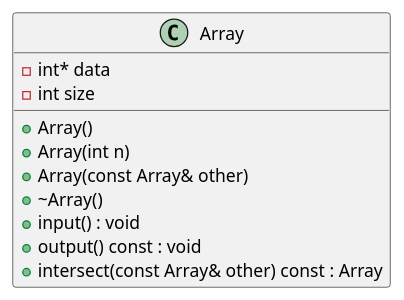
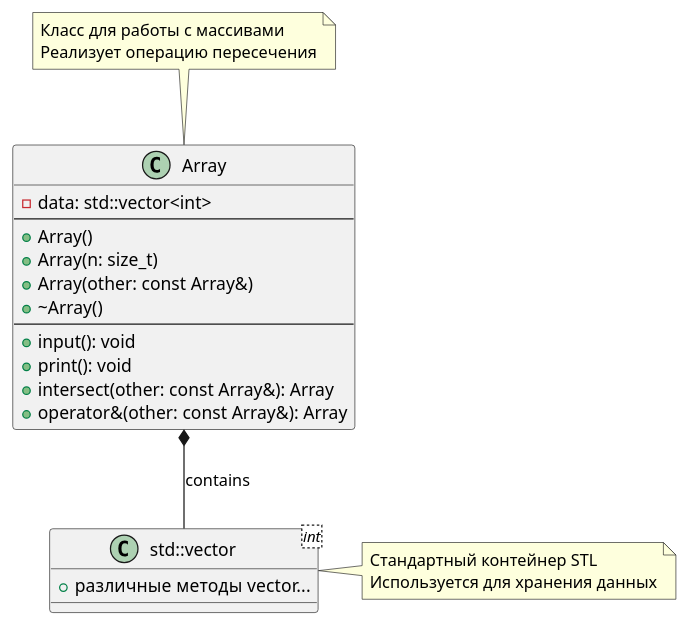
Before and after one commit to vi13x/Labs: the diagram in PNYA/lab1/test.puml, drawn with PlantUML. The commit also changed 4 other files, not shown here.

```diff
--- a/PNYA/lab1/test.puml
+++ b/PNYA/lab1/test.puml
@@ -1,15 +1,36 @@
 @startuml
-
+' Класс Array
 class Array {
-  - int* data
-  - int size
+  - data: std::vector<int>
+  --
   + Array()
-  + Array(int n)
-  + Array(const Array& other)
+  + Array(n: size_t)
+  + Array(other: const Array&)
   + ~Array()
-  + input() : void
-  + output() const : void
-  + intersect(const Array& other) const : Array
+  --
+  + input(): void
+  + print(): void
+  + intersect(other: const Array&): Array
+  + operator&(other: const Array&): Array
 }
 
+' Вектор из STL (стандартная библиотека)
+class "std::vector<int>" as Vector {
+  + различные методы vector...
+}
+
+' Связь композиции (Array содержит Vector)
+Array *-- Vector : contains
+
+' Примечания
+note top of Array
+  Класс для работы с массивами
+  Реализует операцию пересечения
+end note
+
+note right of Vector
+  Стандартный контейнер STL
+  Используется для хранения данных
+end note
+
 @enduml
```
